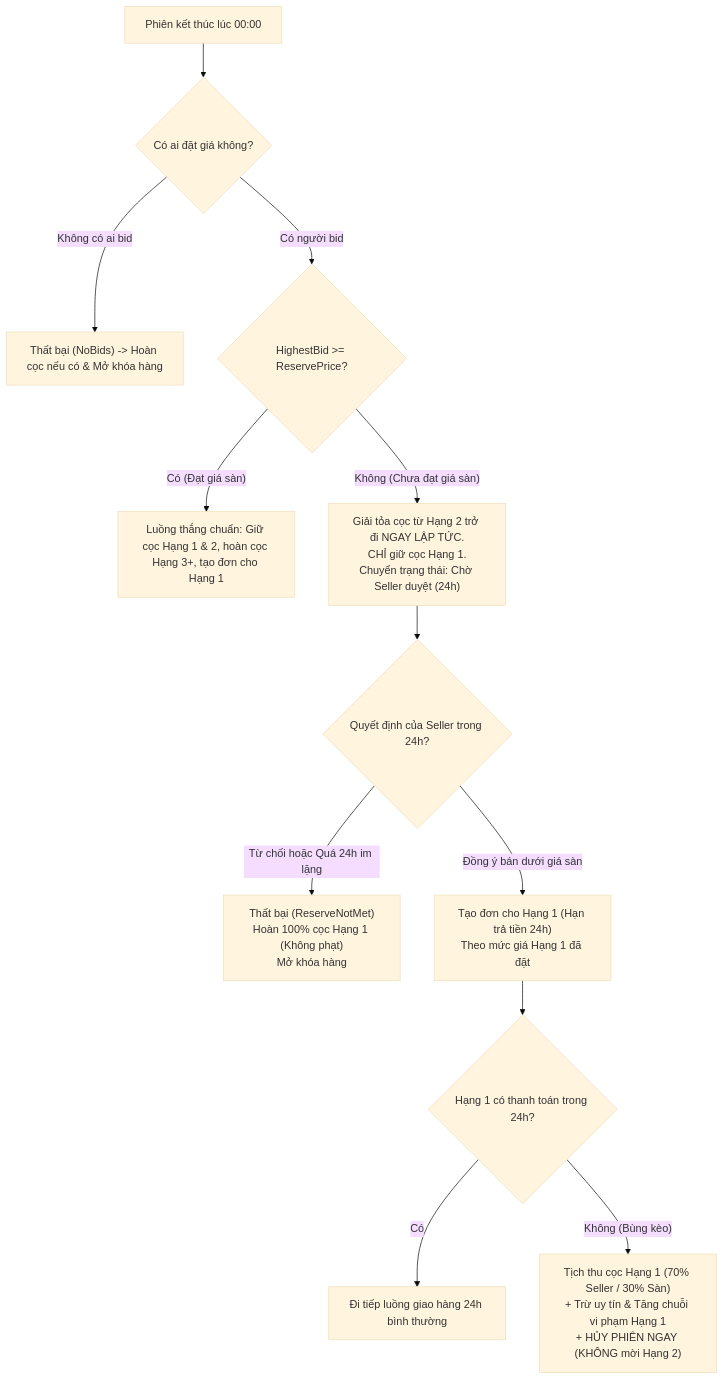
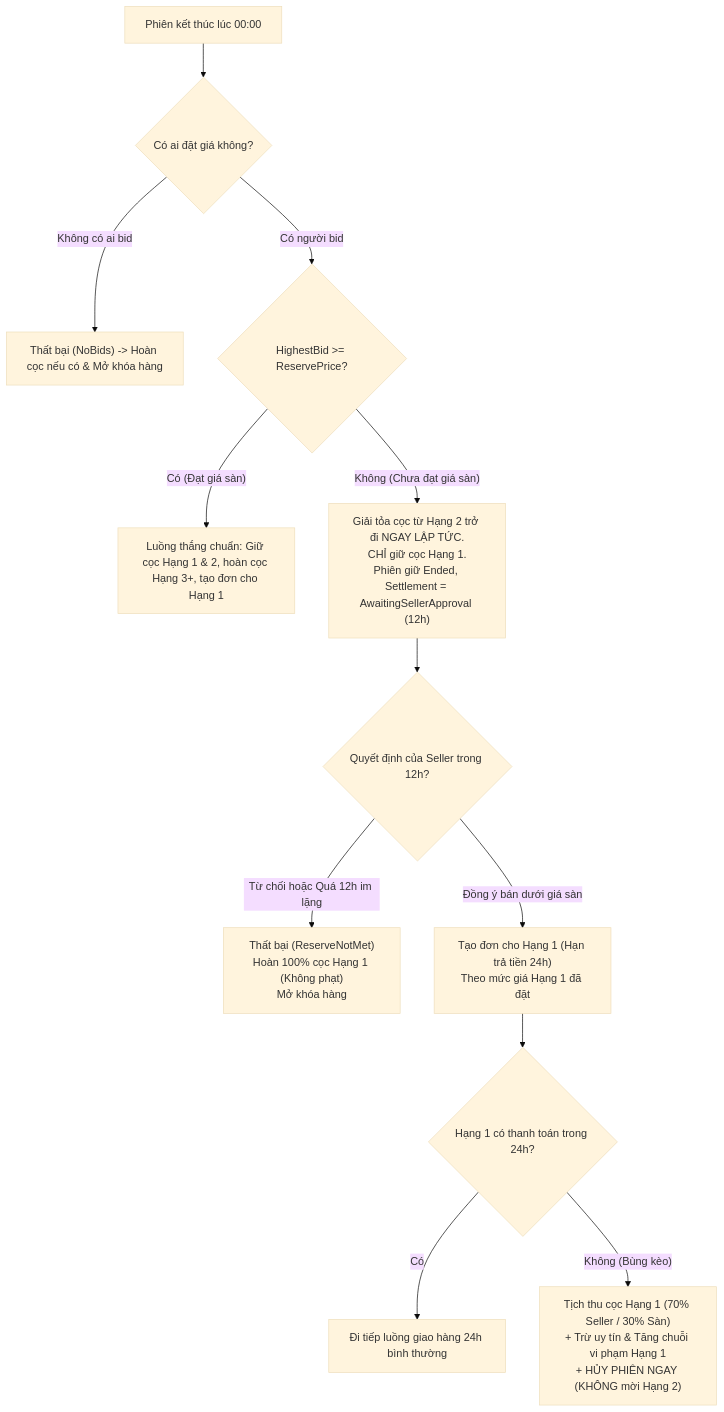
The diagram in docs/04_RESERVE_PRICE_BUSINESS_ANALYSIS.md (Nexus-Be/AuctionService), drawn with Mermaid (base theme) before and after one commit. The commit also changed other lines of this file and 28 other files, not shown here.

````diff
--- a/docs/04_RESERVE_PRICE_BUSINESS_ANALYSIS.md
+++ b/docs/04_RESERVE_PRICE_BUSINESS_ANALYSIS.md
@@ -59,14 +66,14 @@
 ```mermaid
 flowchart TD
     A["Phiên kết thúc lúc 00:00"] --> B{"Có ai đặt giá không?"}
     B -- "Không có ai bid" --> C["Thất bại (NoBids) -> Hoàn cọc nếu có & Mở khóa hàng"]
     B -- "Có người bid" --> D{"HighestBid >= ReservePrice?"}
     D -- "Có (Đạt giá sàn)" --> E["Luồng thắng chuẩn: Giữ cọc Hạng 1 & 2, hoàn cọc Hạng 3+, tạo đơn cho Hạng 1"]
-    D -- "Không (Chưa đạt giá sàn)" --> F["Giải tỏa cọc từ Hạng 2 trở đi NGAY LẬP TỨC.<br/>CHỈ giữ cọc Hạng 1.<br/>Chuyển trạng thái: Chờ Seller duyệt (24h)"]
-    F --> G{"Quyết định của Seller trong 24h?"}
-    G -- "Từ chối hoặc Quá 24h im lặng" --> H["Thất bại (ReserveNotMet)<br/>Hoàn 100% cọc Hạng 1 (Không phạt)<br/>Mở khóa hàng"]
+    D -- "Không (Chưa đạt giá sàn)" --> F["Giải tỏa cọc từ Hạng 2 trở đi NGAY LẬP TỨC.<br/>CHỈ giữ cọc Hạng 1.<br/>Phiên giữ Ended, Settlement = AwaitingSellerApproval (12h)"]
+    F --> G{"Quyết định của Seller trong 12h?"}
+    G -- "Từ chối hoặc Quá 12h im lặng" --> H["Thất bại (ReserveNotMet)<br/>Hoàn 100% cọc Hạng 1 (Không phạt)<br/>Mở khóa hàng"]
     G -- "Đồng ý bán dưới giá sàn" --> I["Tạo đơn cho Hạng 1 (Hạn trả tiền 24h)<br/>Theo mức giá Hạng 1 đã đặt"]
     I --> J{"Hạng 1 có thanh toán trong 24h?"}
     J -- "Có" --> K["Đi tiếp luồng giao hàng 24h bình thường"]
     J -- "Không (Bùng kèo)" --> L["Tịch thu cọc Hạng 1 (70% Seller / 30% Sàn)<br/>+ Trừ uy tín & Tăng chuỗi vi phạm Hạng 1<br/>+ HỦY PHIÊN NGAY (KHÔNG mời Hạng 2)"]
 ```
````
